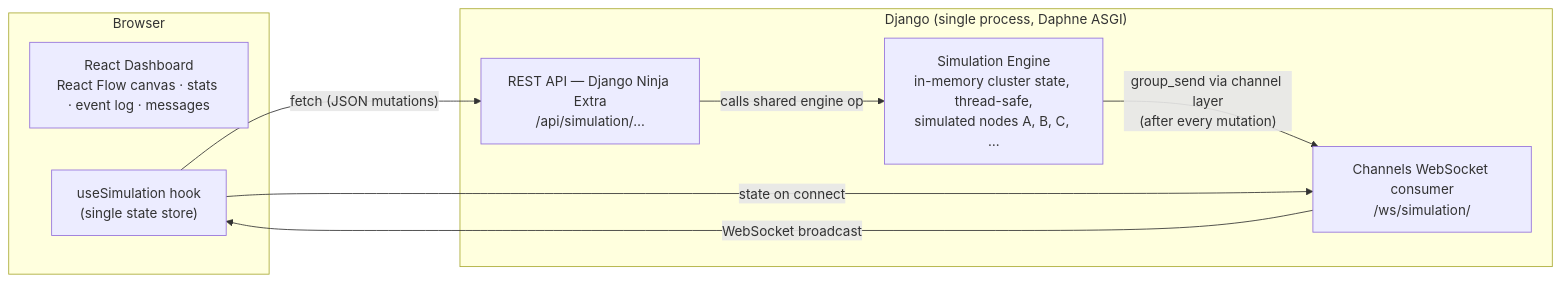
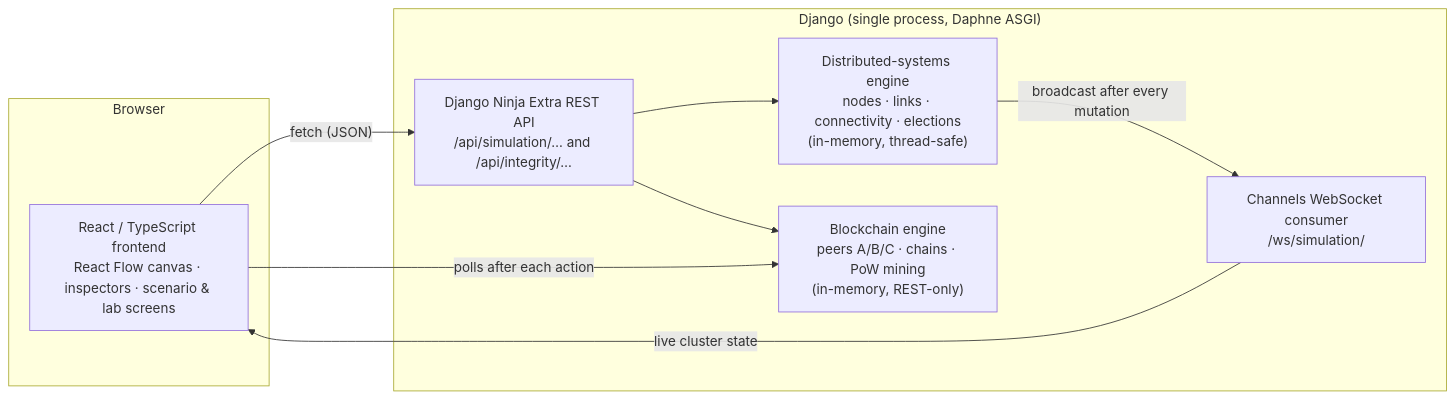
Before and after one commit to Hutej/NetViz-Distributed-Systems-Simulator-hhgoa: the diagram in README.md, drawn with Mermaid. The commit also changed other lines of this file and 8 other files, not shown here.

````diff
--- a/README.md
+++ b/README.md
@@ -40,19 +80,20 @@
 ```mermaid
 graph LR
     subgraph Browser
-        UI["React Dashboard<br/>React Flow canvas · stats · event log · messages"]
-        HOOK["useSimulation hook<br/>(single state store)"]
+        UI["React / TypeScript frontend<br/>React Flow canvas · inspectors · scenario & lab screens"]
     end
 
     subgraph "Django (single process, Daphne ASGI)"
-        REST["REST API — Django Ninja Extra<br/>/api/simulation/…"]
-        ENGINE["Simulation Engine<br/>in-memory cluster state, thread-safe,<br/>simulated nodes A, B, C, …"]
-        CONSUMER["Channels WebSocket consumer<br/>/ws/simulation/"]
+        REST["Django Ninja Extra REST API<br/>/api/simulation/… and /api/integrity/…"]
+        ENGINE["Distributed-systems engine<br/>nodes · links · connectivity · elections<br/>(in-memory, thread-safe)"]
+        CHAIN["Blockchain engine<br/>peers A/B/C · chains · PoW mining<br/>(in-memory, REST-only)"]
+        WS["Channels WebSocket consumer<br/>/ws/simulation/"]
     end
 
-    HOOK -- "fetch (JSON mutations)" --> REST
-    REST -- "calls shared engine op" --> ENGINE
-    ENGINE -- "group_send via channel layer<br/>(after every mutation)" --> CONSUMER
-    CONSUMER -- "WebSocket broadcast" --> HOOK
-    HOOK -- "state on connect" --> CONSUMER
+    UI -- "fetch (JSON)" --> REST
+    REST --> ENGINE
+    REST --> CHAIN
+    ENGINE -- "broadcast after every mutation" --> WS
+    WS -- "live cluster state" --> UI
+    UI -- "polls after each action" --> CHAIN
 ```
````
